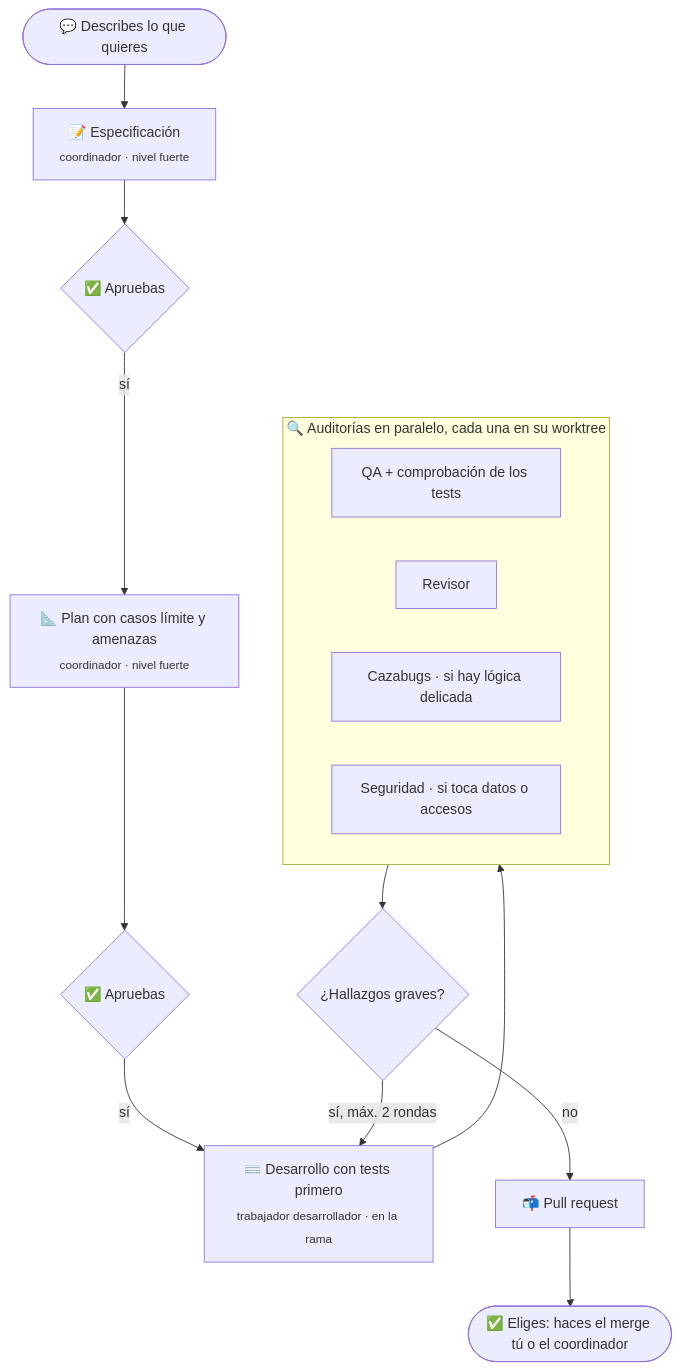
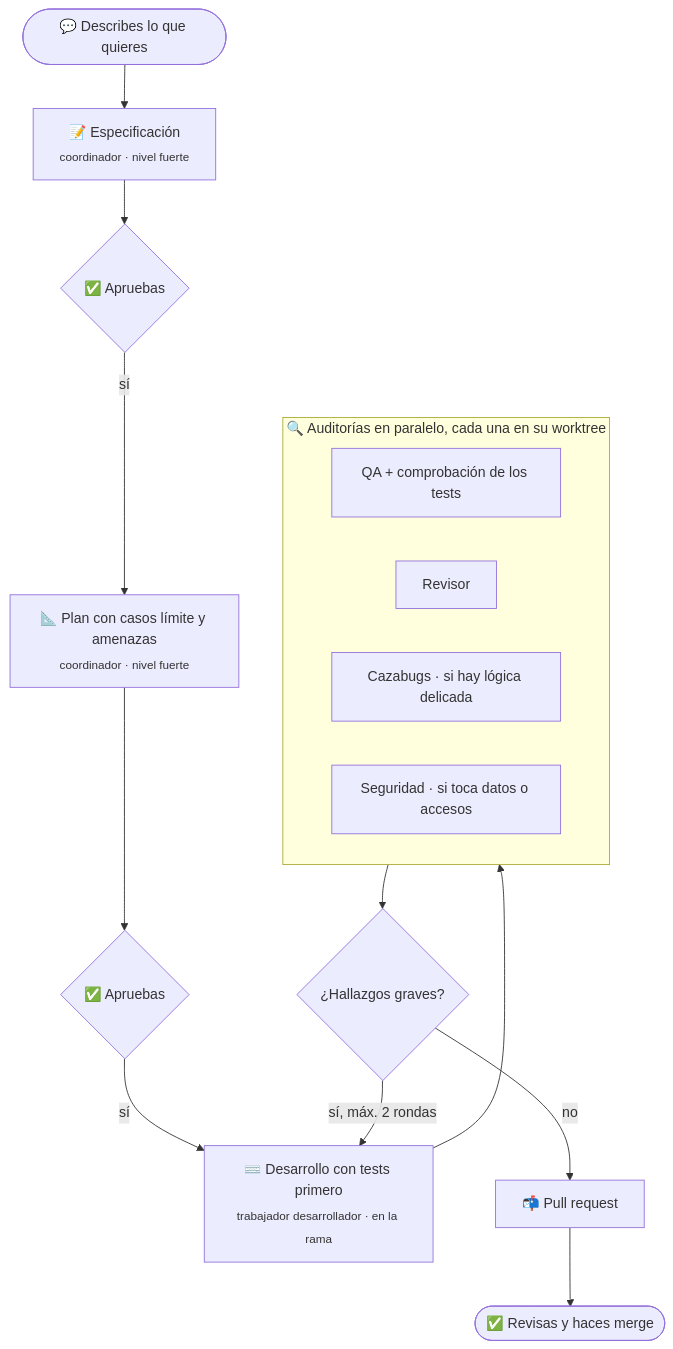
The diagram in README.es.md (davidgarcia11/pilotfish), drawn with Mermaid before and after one commit. The commit also changed other lines of this file and 9 other files, not shown here.

````diff
--- a/README.es.md
+++ b/README.es.md
@@ -46,19 +46,19 @@
 ```mermaid
 flowchart TD
     A([💬 Describes lo que quieres]) --> B[📝 Especificación<br/><sub>coordinador · nivel fuerte</sub>]
     B --> C{✅ Apruebas}
     C -->|sí| D[📐 Plan con casos límite y amenazas<br/><sub>coordinador · nivel fuerte</sub>]
     D --> E{✅ Apruebas}
     E -->|sí| F[⌨️ Desarrollo con tests primero<br/><sub>trabajador desarrollador · en la rama</sub>]
     F --> G
     subgraph G [🔍 Auditorías en paralelo, cada una en su worktree]
         G1[QA + comprobación de los tests]
         G2[Revisor]
         G3[Cazabugs · si hay lógica delicada]
         G4[Seguridad · si toca datos o accesos]
     end
     G --> H{¿Hallazgos graves?}
     H -->|sí, máx. 2 rondas| F
     H -->|no| I[📬 Pull request]
-    I --> J([✅ Eliges: haces el merge tú o el coordinador])
+    I --> J([✅ Revisas y haces merge])
 ```
````
